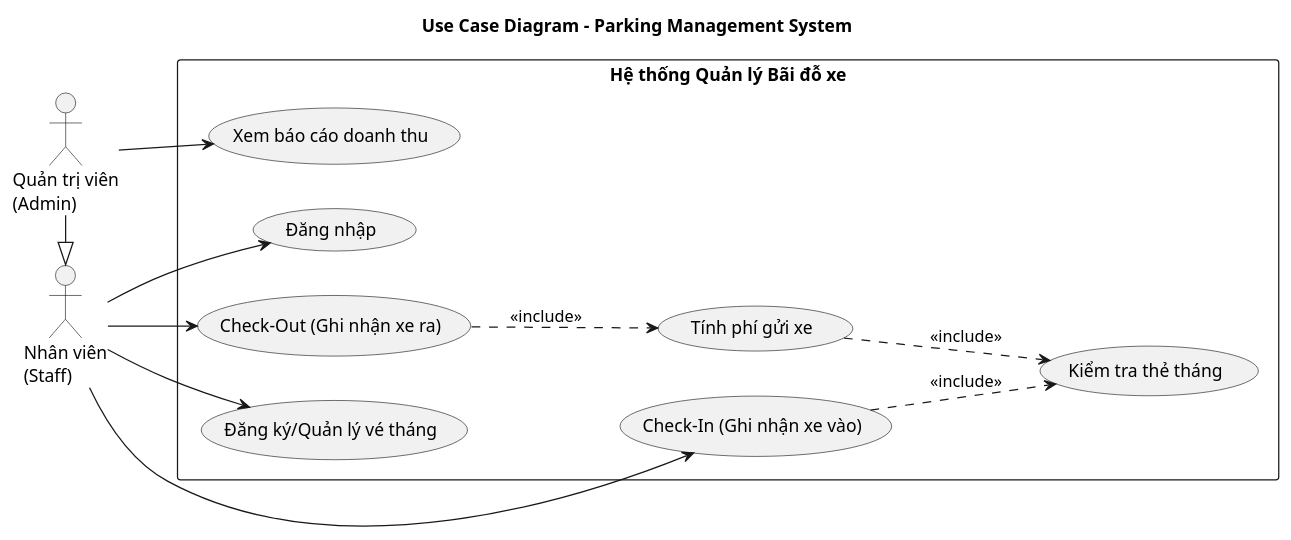
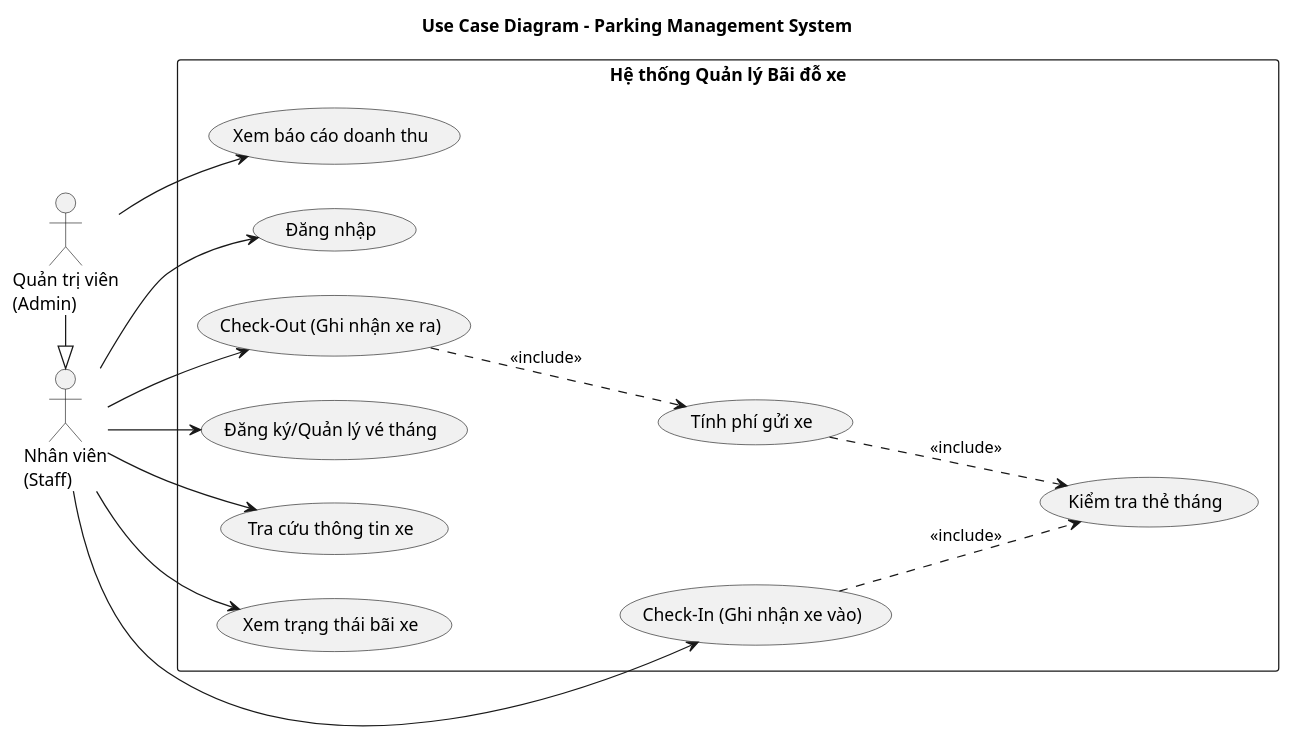
The diagram in UseCase.puml (trankhiem0210/ParkingManagementSystem), drawn with PlantUML before and after one commit. The commit also changed 11 other files, not shown here.

```diff
--- a/UseCase.puml
+++ b/UseCase.puml
@@ -1,38 +1,42 @@
 @startuml
 title Use Case Diagram - Parking Management System
 
 left to right direction
 skinparam packageStyle rectangle
 
 ' Khai báo các Actors
 actor "Nhân viên\n(Staff)" as Staff
 actor "Quản trị viên\n(Admin)" as Admin
 
 ' Quản trị viên có toàn bộ quyền của Nhân viên
 Admin -|> Staff
 
 package "Hệ thống Quản lý Bãi đỗ xe" {
     usecase "Đăng nhập" as UC_Login
     usecase "Check-In (Ghi nhận xe vào)" as UC_CheckIn
     usecase "Check-Out (Ghi nhận xe ra)" as UC_CheckOut
     usecase "Đăng ký/Quản lý vé tháng" as UC_Subscription
     usecase "Xem báo cáo doanh thu" as UC_Report
+    usecase "Tra cứu thông tin xe" as UC_Search
+    usecase "Xem trạng thái bãi xe" as UC_ViewStatus
     
     usecase "Kiểm tra thẻ tháng" as UC_VerifyCard
     usecase "Tính phí gửi xe" as UC_CalculateFee
 }
 
 ' Định nghĩa các mối quan hệ cho Staff
 Staff --> UC_Login
 Staff --> UC_CheckIn
 Staff --> UC_CheckOut
 Staff --> UC_Subscription
+Staff --> UC_Search
+Staff --> UC_ViewStatus
 
 ' Định nghĩa các mối quan hệ riêng cho Admin
 Admin --> UC_Report
 
 ' Các quan hệ Include (Bao gồm)
 UC_CheckIn ..> UC_VerifyCard : <<include>>
 UC_CheckOut ..> UC_CalculateFee : <<include>>
 UC_CalculateFee ..> UC_VerifyCard : <<include>>
 @enduml
```
